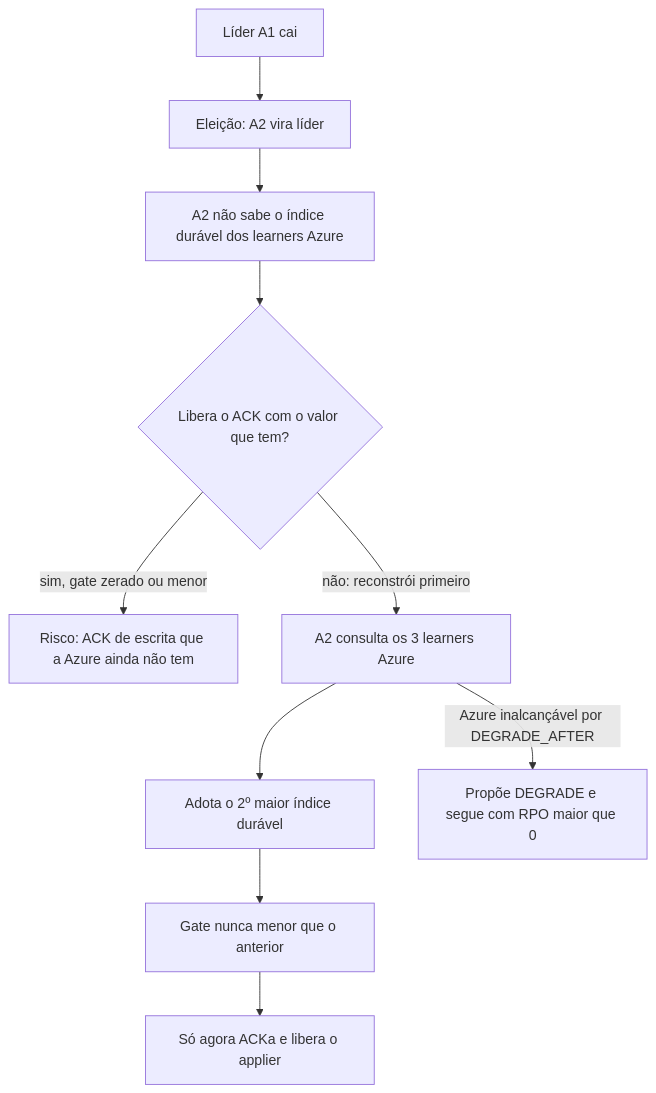
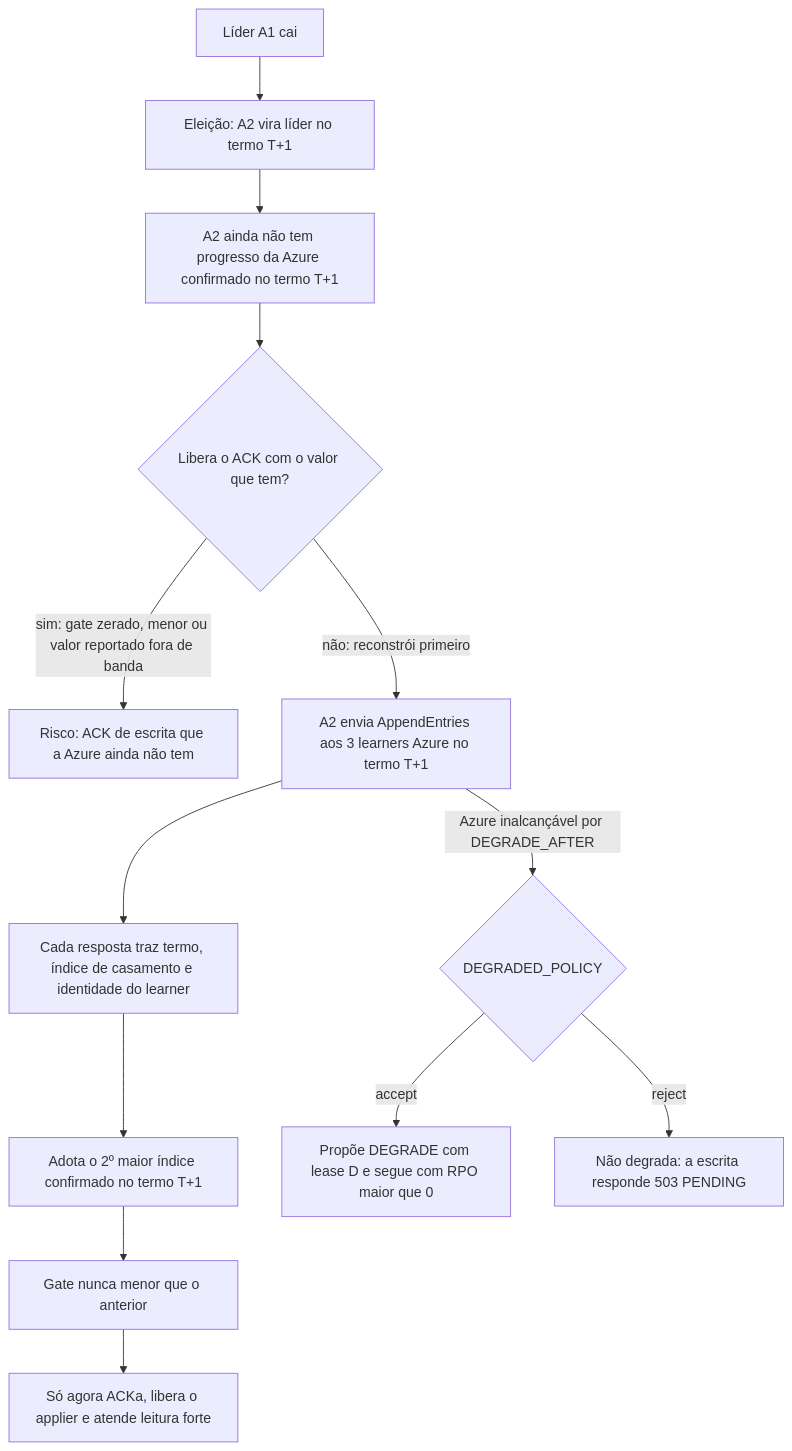
The diagram in 02_cenarios/complexos/X01-gate-e-troca-de-lider.md (brbarmex/k), drawn with Mermaid before and after one commit. The commit also changed other lines of this file and 139 other files, not shown here.

````diff
--- a/02_cenarios/complexos/X01-gate-e-troca-de-lider.md
+++ b/02_cenarios/complexos/X01-gate-e-troca-de-lider.md
@@ -11,12 +13,15 @@
 ```mermaid
 flowchart TD
-    A["Líder A1 cai"] --> B["Eleição: A2 vira líder"]
-    B --> C["A2 não sabe o índice durável dos learners Azure"]
+    A["Líder A1 cai"] --> B["Eleição: A2 vira líder no termo T+1"]
+    B --> C["A2 ainda não tem progresso da Azure confirmado no termo T+1"]
     C --> D{"Libera o ACK com o valor que tem?"}
-    D -->|"sim, gate zerado ou menor"| E["Risco: ACK de escrita que a Azure ainda não tem"]
-    D -->|"não: reconstrói primeiro"| F["A2 consulta os 3 learners Azure"]
-    F --> G["Adota o 2º maior índice durável"]
-    G --> H["Gate nunca menor que o anterior"]
-    H --> I["Só agora ACKa e libera o applier"]
-    F -->|"Azure inalcançável por DEGRADE_AFTER"| J["Propõe DEGRADE e segue com RPO maior que 0"]
+    D -->|"sim: gate zerado, menor ou valor reportado fora de banda"| E["Risco: ACK de escrita que a Azure ainda não tem"]
+    D -->|"não: reconstrói primeiro"| F["A2 envia AppendEntries aos 3 learners Azure no termo T+1"]
+    F --> G["Cada resposta traz termo, índice de casamento e identidade do learner"]
+    G --> H["Adota o 2º maior índice confirmado no termo T+1"]
+    H --> I["Gate nunca menor que o anterior"]
+    I --> J["Só agora ACKa, libera o applier e atende leitura forte"]
+    F -->|"Azure inalcançável por DEGRADE_AFTER"| K{"DEGRADED_POLICY"}
+    K -->|"accept"| L["Propõe DEGRADE com lease D e segue com RPO maior que 0"]
+    K -->|"reject"| M["Não degrada: a escrita responde 503 PENDING"]
 ```
````
